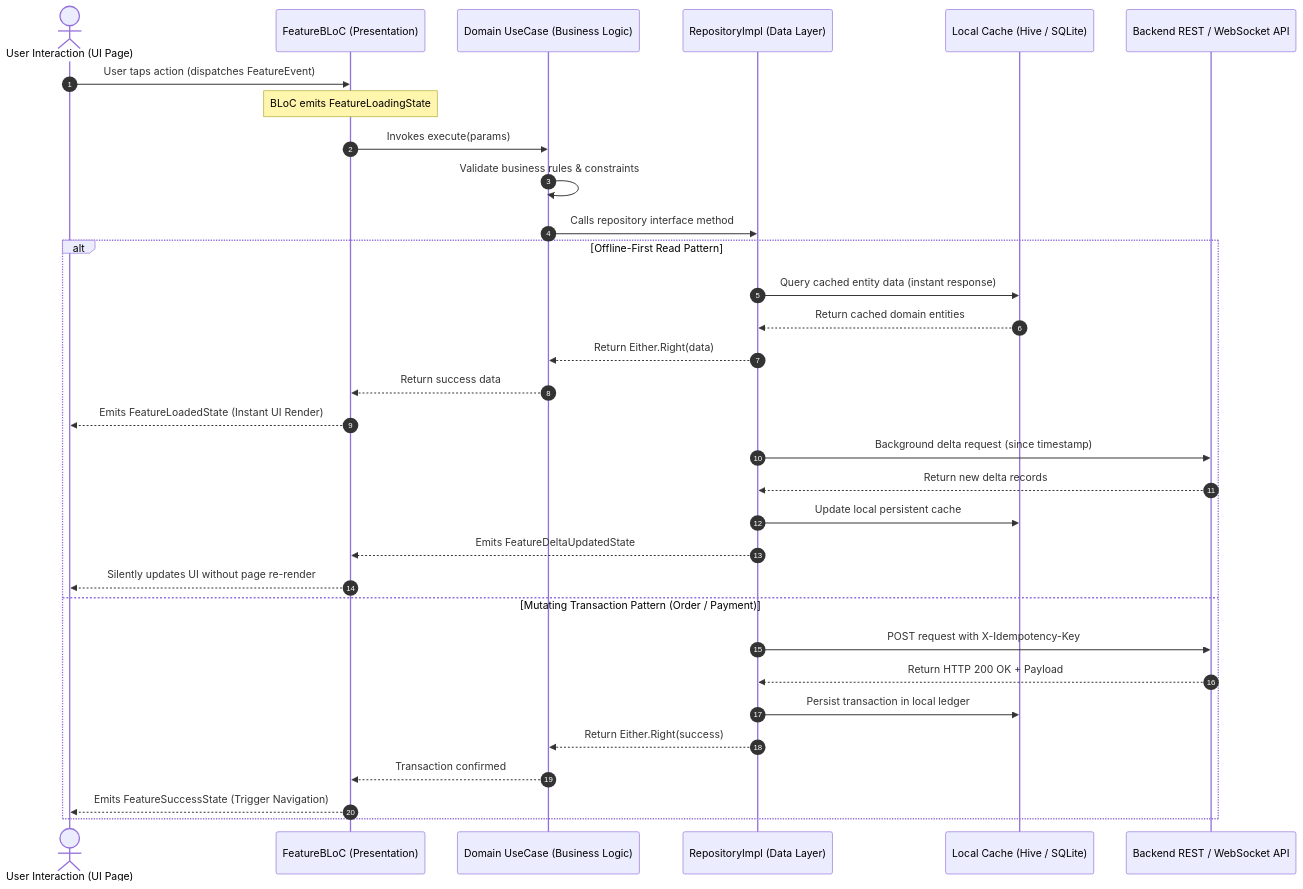
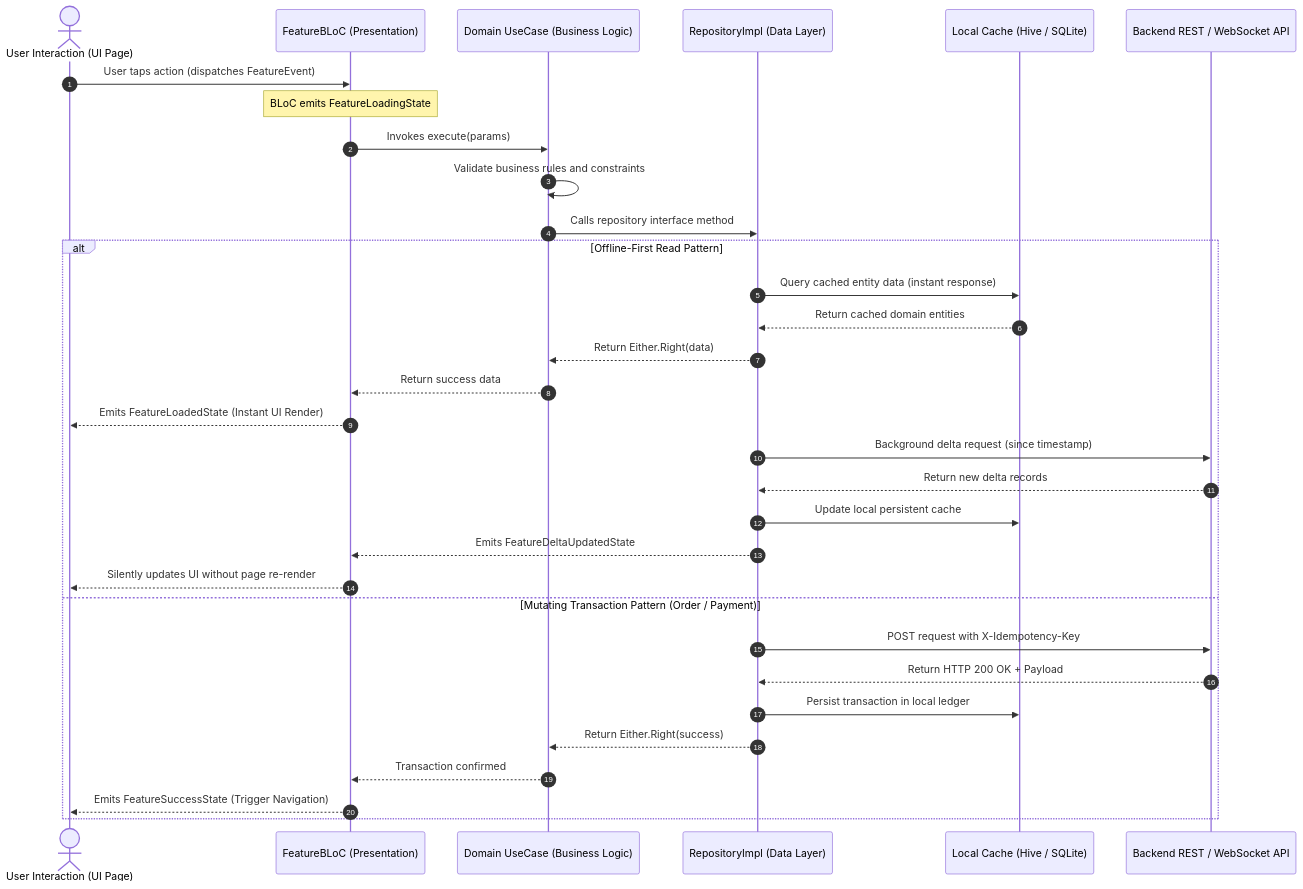
One commit to programmerfiroz/all-in-one changed the third of 12 diagrams in docs/06_visual_hierarchy_and_flows/high_level_visual_hierarchy.md. Above: the diagram before and after it, drawn with Mermaid. The commit also changed other lines of this file, not shown here.

Commit message:
fix(visual): sanitize mermaid sequence diagrams by removing semicolons and illegal tokens for github renderer

````diff
--- a/docs/06_visual_hierarchy_and_flows/high_level_visual_hierarchy.md
+++ b/docs/06_visual_hierarchy_and_flows/high_level_visual_hierarchy.md
@@ -123,37 +123,37 @@
 ```mermaid
 sequenceDiagram
     autonumber
     actor User as User Interaction (UI Page)
     participant Bloc as FeatureBLoC (Presentation)
     participant UseCase as Domain UseCase (Business Logic)
     participant Repo as RepositoryImpl (Data Layer)
     participant LocalCache as Local Cache (Hive / SQLite)
     participant RemoteAPI as Backend REST / WebSocket API
 
     User->>Bloc: User taps action (dispatches FeatureEvent)
     Note over Bloc: BLoC emits FeatureLoadingState
     Bloc->>UseCase: Invokes execute(params)
-    UseCase->>UseCase: Validate business rules & constraints
+    UseCase->>UseCase: Validate business rules and constraints
     UseCase->>Repo: Calls repository interface method
     
     alt Offline-First Read Pattern
         Repo->>LocalCache: Query cached entity data (instant response)
         LocalCache-->>Repo: Return cached domain entities
         Repo-->>UseCase: Return Either.Right(data)
         UseCase-->>Bloc: Return success data
         Bloc-->>User: Emits FeatureLoadedState (Instant UI Render)
         
         Repo->>RemoteAPI: Background delta request (since timestamp)
         RemoteAPI-->>Repo: Return new delta records
         Repo->>LocalCache: Update local persistent cache
         Repo-->>Bloc: Emits FeatureDeltaUpdatedState
         Bloc-->>User: Silently updates UI without page re-render
     else Mutating Transaction Pattern (Order / Payment)
         Repo->>RemoteAPI: POST request with X-Idempotency-Key
         RemoteAPI-->>Repo: Return HTTP 200 OK + Payload
         Repo->>LocalCache: Persist transaction in local ledger
         Repo-->>UseCase: Return Either.Right(success)
         UseCase-->>Bloc: Transaction confirmed
         Bloc-->>User: Emits FeatureSuccessState (Trigger Navigation)
     end
 ```
````
